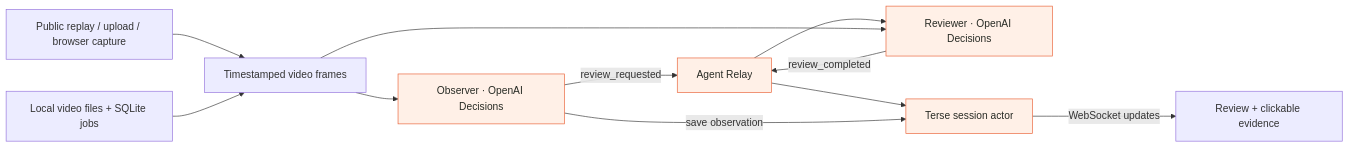
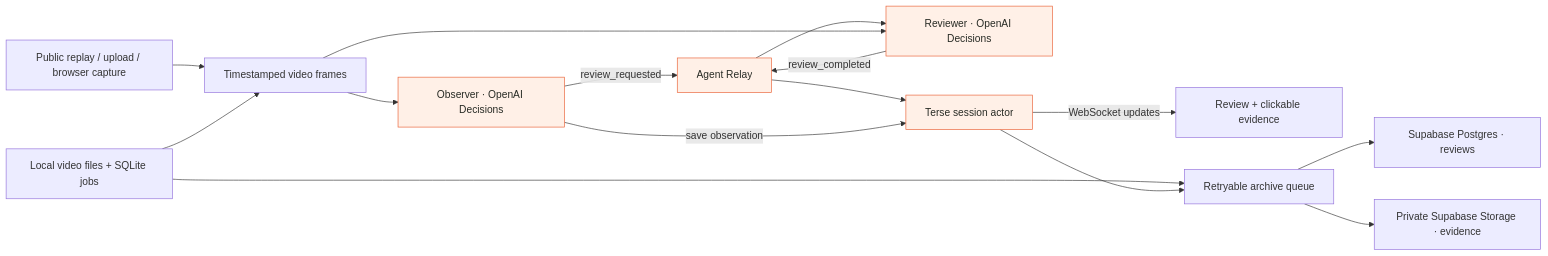
The diagram in README.md (KaushikSiva/bruno-evals), drawn with Mermaid before and after one commit. The commit also changed other lines of this file and 23 other files, not shown here.

Commit message:
Add private Supabase archive and Reality Check branding

````diff
--- a/README.md
+++ b/README.md
@@ -39,15 +39,19 @@
 ```mermaid
 flowchart LR
     S["Public replay / upload / browser capture"] --> V["Timestamped video frames"]
     V --> O["Observer · OpenAI Decisions"]
     O -->|"review_requested"| A["Agent Relay"]
     A --> R["Reviewer · OpenAI Decisions"]
     V --> R
     R -->|"review_completed"| A
     A --> T["Terse session actor"]
     O -->|"save observation"| T
     T -->|"WebSocket updates"| U["Review + clickable evidence"]
     D["Local video files + SQLite jobs"] --> V
+    D --> Q["Retryable archive queue"]
+    T --> Q
+    Q --> P["Supabase Postgres · reviews"]
+    Q --> B["Private Supabase Storage · evidence"]
     classDef accent fill:#fff0e7,stroke:#e95e32,color:#282b25
     class O,R,T,A accent
 ```
````
